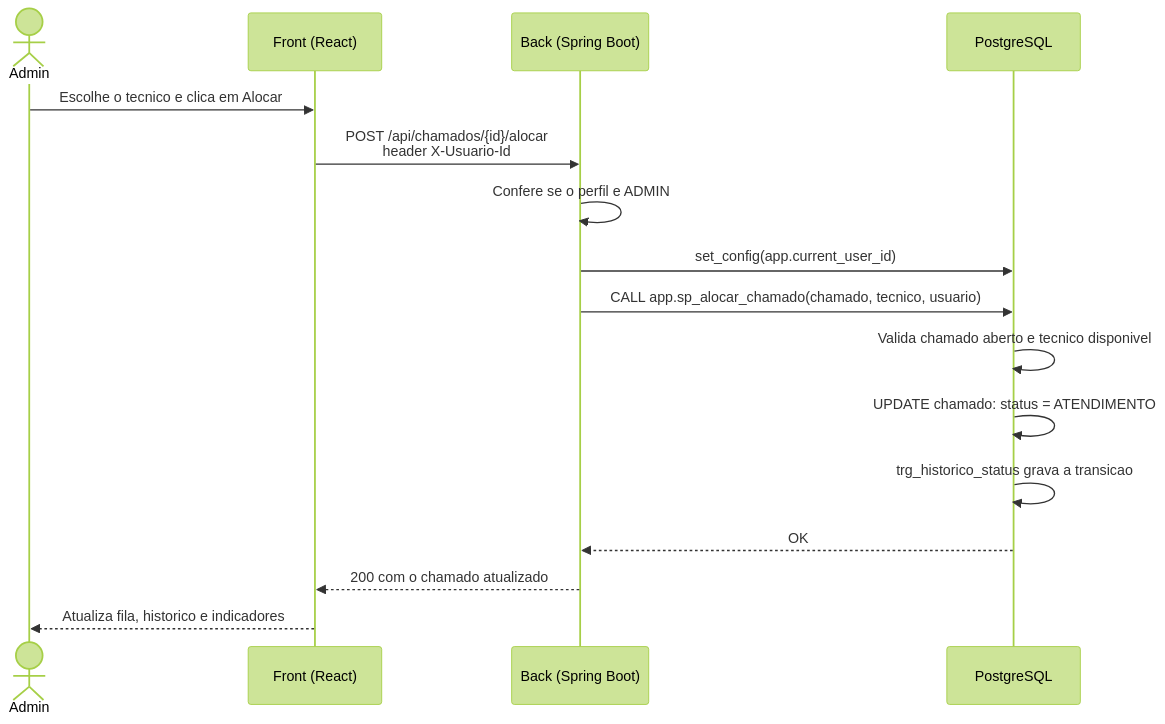
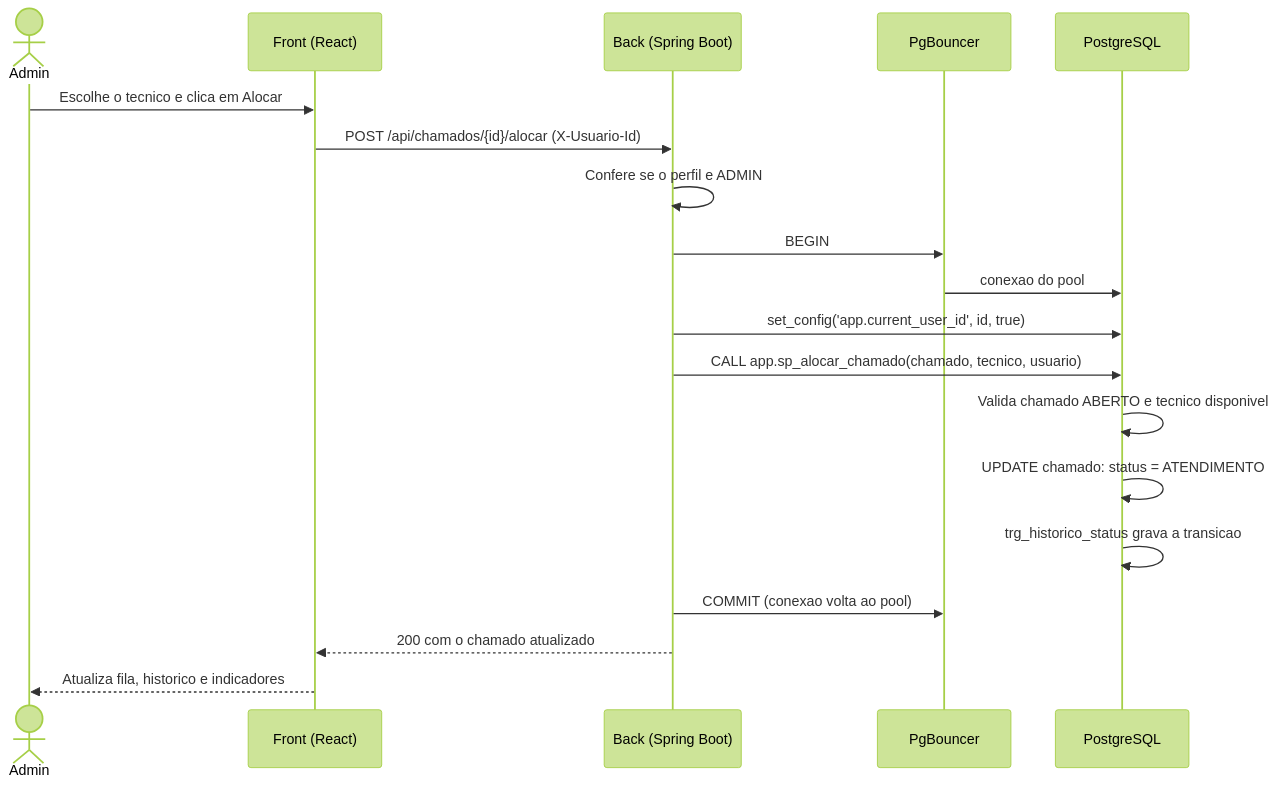
One commit to Guiba2077/helpdesk changed the third of 4 diagrams in README.md. Above: the diagram before and after it, drawn with Mermaid (forest theme). The commit also changed other lines of this file, not shown here.

````diff
--- a/README.md
+++ b/README.md
@@ -126,19 +180,22 @@
 ```mermaid
 sequenceDiagram
     actor Admin
     participant Front as Front (React)
     participant Back as Back (Spring Boot)
+    participant PB as PgBouncer
     participant DB as PostgreSQL
 
     Admin->>Front: Escolhe o tecnico e clica em Alocar
-    Front->>Back: POST /api/chamados/{id}/alocar<br/>header X-Usuario-Id
+    Front->>Back: POST /api/chamados/{id}/alocar (X-Usuario-Id)
     Back->>Back: Confere se o perfil e ADMIN
-    Back->>DB: set_config(app.current_user_id)
+    Back->>PB: BEGIN
+    PB->>DB: conexao do pool
+    Back->>DB: set_config('app.current_user_id', id, true)
     Back->>DB: CALL app.sp_alocar_chamado(chamado, tecnico, usuario)
-    DB->>DB: Valida chamado aberto e tecnico disponivel
+    DB->>DB: Valida chamado ABERTO e tecnico disponivel
     DB->>DB: UPDATE chamado: status = ATENDIMENTO
     DB->>DB: trg_historico_status grava a transicao
-    DB-->>Back: OK
+    Back->>PB: COMMIT (conexao volta ao pool)
     Back-->>Front: 200 com o chamado atualizado
     Front-->>Admin: Atualiza fila, historico e indicadores
 ```
````
